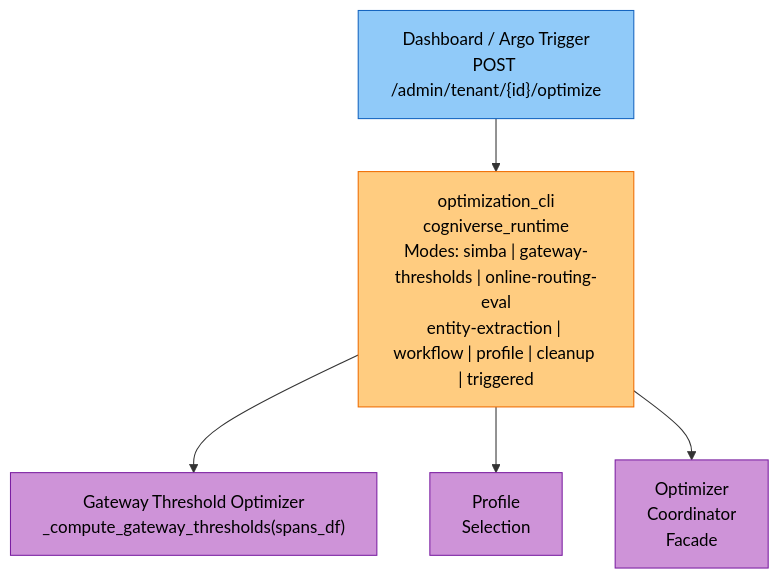
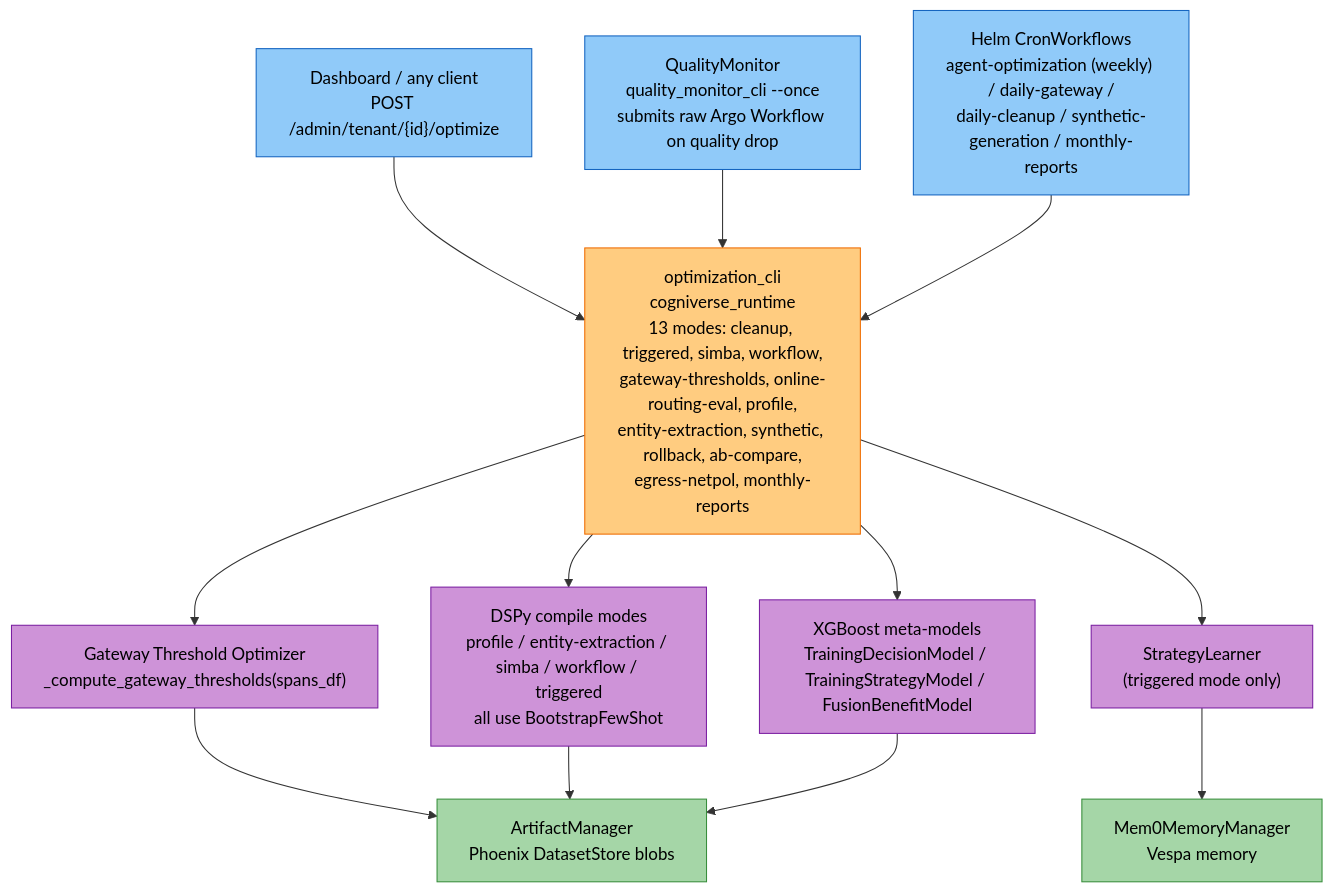
The first of 4 diagrams in docs/modules/optimization.md (amit-jain/cogniverse), drawn with Mermaid before and after one commit. The commit also changed other lines of this file and 50 other files, not shown here.

First line of the commit message:
Complete and verify docs against code with mermaid palette

````diff
--- a/docs/modules/optimization.md
+++ b/docs/modules/optimization.md
@@ -85,16 +132,33 @@
 ```mermaid
 flowchart TB
-    Dashboard["<span style='color:#000'>Dashboard / Argo Trigger<br/>POST /admin/tenant/{id}/optimize</span>"]
+    Dashboard["<span style='color:#000'>Dashboard / any client<br/>POST /admin/tenant/{id}/optimize</span>"]
+    QM["<span style='color:#000'>QualityMonitor<br/>quality_monitor_cli --once<br/>submits raw Argo Workflow on quality drop</span>"]
+    Cron["<span style='color:#000'>Helm CronWorkflows<br/>agent-optimization (weekly) / daily-gateway /<br/>daily-cleanup / synthetic-generation / monthly-reports</span>"]
 
-    Dashboard --> OptCLI["<span style='color:#000'>optimization_cli<br/>cogniverse_runtime<br/>Modes: simba | gateway-thresholds | online-routing-eval<br/>entity-extraction | workflow | profile | cleanup | triggered</span>"]
+    Dashboard --> OptCLI
+    QM --> OptCLI
+    Cron --> OptCLI
+
+    OptCLI["<span style='color:#000'>optimization_cli<br/>cogniverse_runtime<br/>13 modes: cleanup, triggered, simba, workflow,<br/>gateway-thresholds, online-routing-eval, profile,<br/>entity-extraction, synthetic, rollback, ab-compare,<br/>egress-netpol, monthly-reports</span>"]
 
     OptCLI --> GatewayOpt["<span style='color:#000'>Gateway Threshold Optimizer<br/>_compute_gateway_thresholds(spans_df)</span>"]
-    OptCLI --> Profile["<span style='color:#000'>Profile<br/>Selection</span>"]
-    OptCLI --> Coordinator["<span style='color:#000'>Optimizer<br/>Coordinator<br/>Facade</span>"]
+    OptCLI --> DSPyModes["<span style='color:#000'>DSPy compile modes<br/>profile / entity-extraction / simba / workflow / triggered<br/>all use BootstrapFewShot</span>"]
+    OptCLI --> Meta["<span style='color:#000'>XGBoost meta-models<br/>TrainingDecisionModel / TrainingStrategyModel / FusionBenefitModel</span>"]
+    OptCLI --> Strategy["<span style='color:#000'>StrategyLearner<br/>(triggered mode only)</span>"]
+
+    GatewayOpt --> AM["<span style='color:#000'>ArtifactManager<br/>Phoenix DatasetStore blobs</span>"]
+    DSPyModes --> AM
+    Meta --> AM
+    Strategy --> Mem0["<span style='color:#000'>Mem0MemoryManager<br/>Vespa memory</span>"]
 
     style Dashboard fill:#90caf9,stroke:#1565c0,color:#000
+    style QM fill:#90caf9,stroke:#1565c0,color:#000
+    style Cron fill:#90caf9,stroke:#1565c0,color:#000
     style OptCLI fill:#ffcc80,stroke:#ef6c00,color:#000
     style GatewayOpt fill:#ce93d8,stroke:#7b1fa2,color:#000
-    style Profile fill:#ce93d8,stroke:#7b1fa2,color:#000
-    style Coordinator fill:#ce93d8,stroke:#7b1fa2,color:#000
+    style DSPyModes fill:#ce93d8,stroke:#7b1fa2,color:#000
+    style Meta fill:#ce93d8,stroke:#7b1fa2,color:#000
+    style Strategy fill:#ce93d8,stroke:#7b1fa2,color:#000
+    style AM fill:#a5d6a7,stroke:#388e3c,color:#000
+    style Mem0 fill:#a5d6a7,stroke:#388e3c,color:#000
 ```
````
